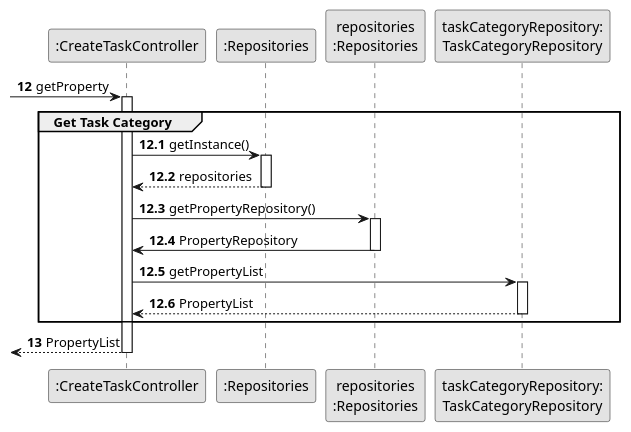
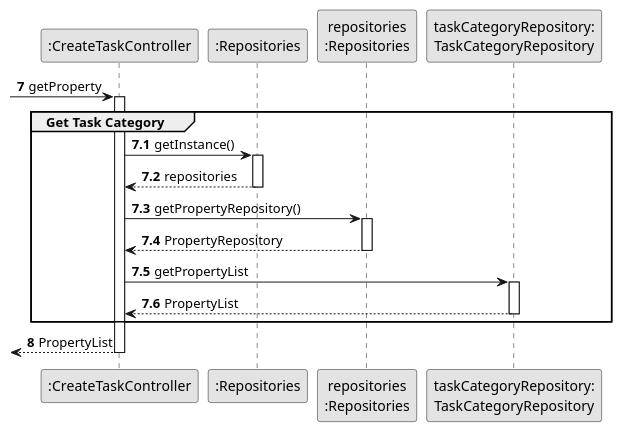
The diagram in lei-22-s2-1do-g68/docs/SprintB/us002/03.design/puml/us002-sequence-diagram-partial-get-Propertys.puml (hugosilva2901/lei-22-s2-1DO-g68), drawn with PlantUML before and after one commit.

Commit message:
upadte sd us02

```diff
--- a/lei-22-s2-1do-g68/docs/SprintB/us002/03.design/puml/us002-sequence-diagram-partial-get-Propertys.puml
+++ b/lei-22-s2-1do-g68/docs/SprintB/us002/03.design/puml/us002-sequence-diagram-partial-get-Propertys.puml
@@ -1,44 +1,45 @@
 @startuml
 skinparam monochrome true
 skinparam packageStyle rectangle
 skinparam shadowing false
 
 participant ":CreateTaskController" as CTRL
 participant ":Repositories" as RepositorySingleton
 participant "repositories\n:Repositories" as PLAT
 participant "taskCategoryRepository:\nTaskCategoryRepository" as TaskCategoryRepository
 
-autonumber 12
+autonumber 7
 -> CTRL : getProperty
 
-autonumber 12.1
+autonumber 7.1
 
 activate CTRL
     group Get Task Category
         CTRL -> RepositorySingleton : getInstance()
         activate RepositorySingleton
 
             RepositorySingleton --> CTRL: repositories
         deactivate RepositorySingleton
 
         CTRL -> PLAT : getPropertyRepository()
         activate PLAT
 
-            PLAT -> CTRL : PropertyRepository
+            PLAT --> CTRL : PropertyRepository
         deactivate PLAT
 
         CTRL -> TaskCategoryRepository : getPropertyList
         activate TaskCategoryRepository
 
             TaskCategoryRepository --> CTRL : PropertyList
         deactivate TaskCategoryRepository
 
     end group
 
-    autonumber 13
+    autonumber 8
     <-- CTRL : PropertyList
 
 deactivate CTRL
 
 
+
 @enduml
```
